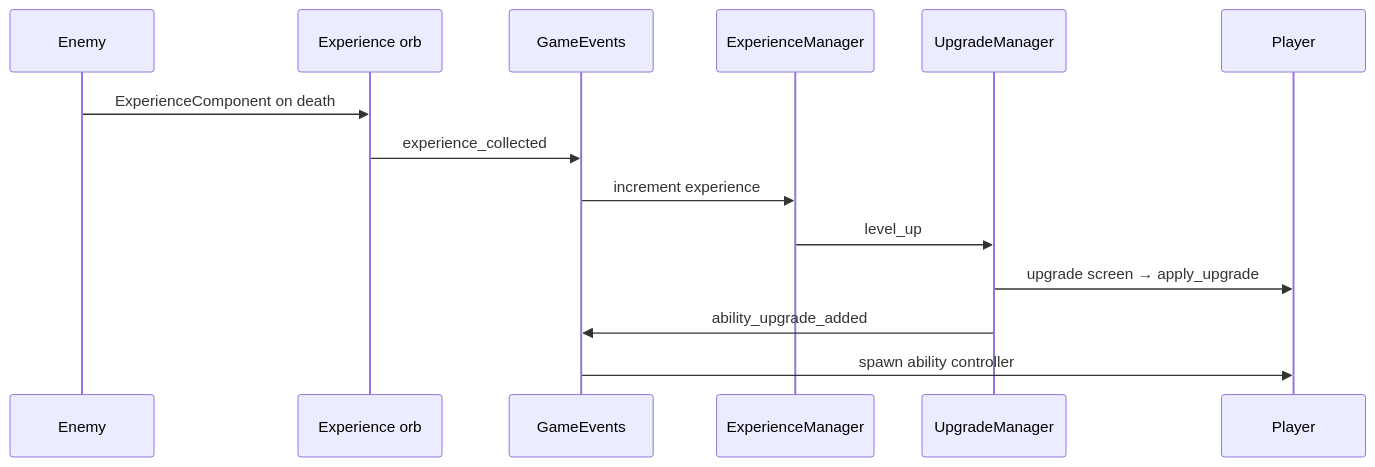
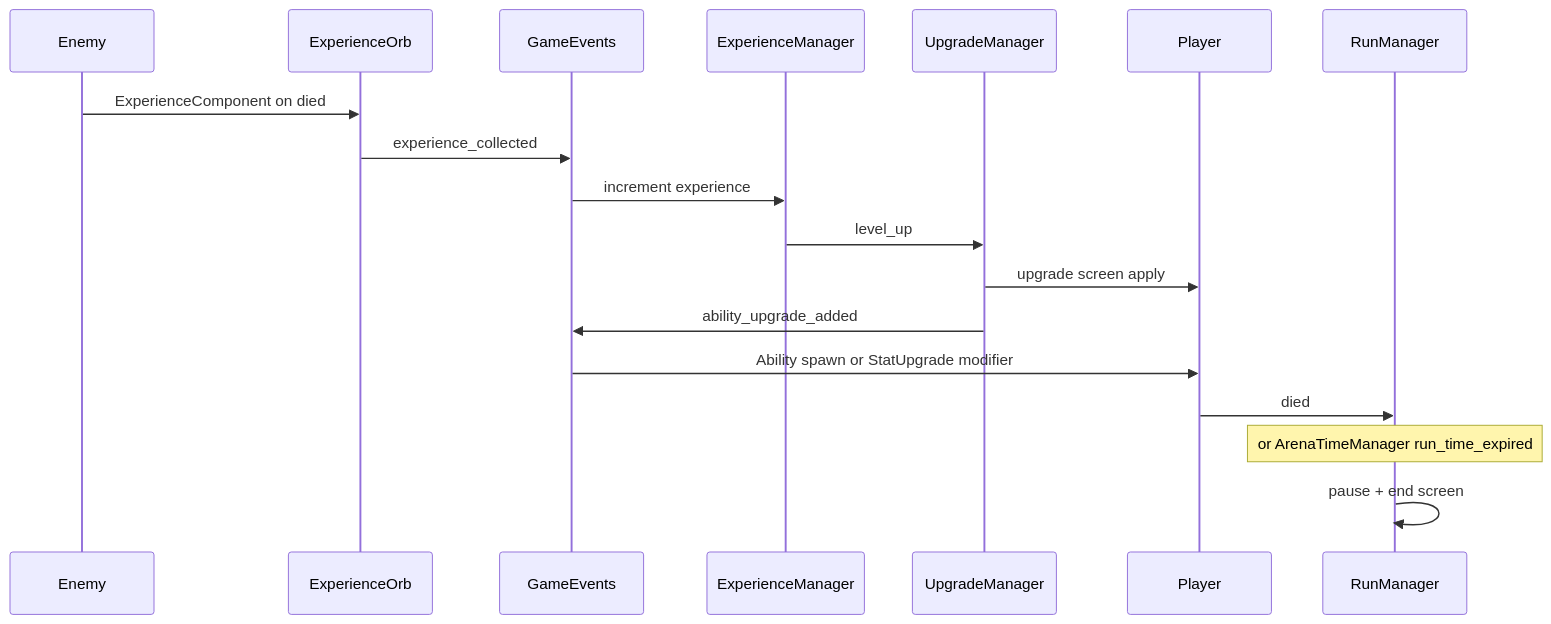
One commit to marcosewbank/runebound changed the third of 3 diagrams in docs/architecture.md. Above: the diagram before and after it, drawn with Mermaid. The commit also changed other lines of this file and 99 other files, not shown here.

````diff
--- a/docs/architecture.md
+++ b/docs/architecture.md
@@ -126,17 +139,21 @@
 ```mermaid
 sequenceDiagram
     participant Enemy
-    participant XP as Experience orb
+    participant XP as ExperienceOrb
     participant GE as GameEvents
     participant XM as ExperienceManager
     participant UM as UpgradeManager
     participant Player
+    participant RM as RunManager
 
-    Enemy->>XP: ExperienceComponent on death
+    Enemy->>XP: ExperienceComponent on died
     XP->>GE: experience_collected
     GE->>XM: increment experience
     XM->>UM: level_up
-    UM->>Player: upgrade screen → apply_upgrade
+    UM->>Player: upgrade screen apply
     UM->>GE: ability_upgrade_added
-    GE->>Player: spawn ability controller
+    GE->>Player: Ability spawn or StatUpgrade modifier
+    Player->>RM: died
+    Note over RM: or ArenaTimeManager run_time_expired
+    RM->>RM: pause + end screen
 ```
````
